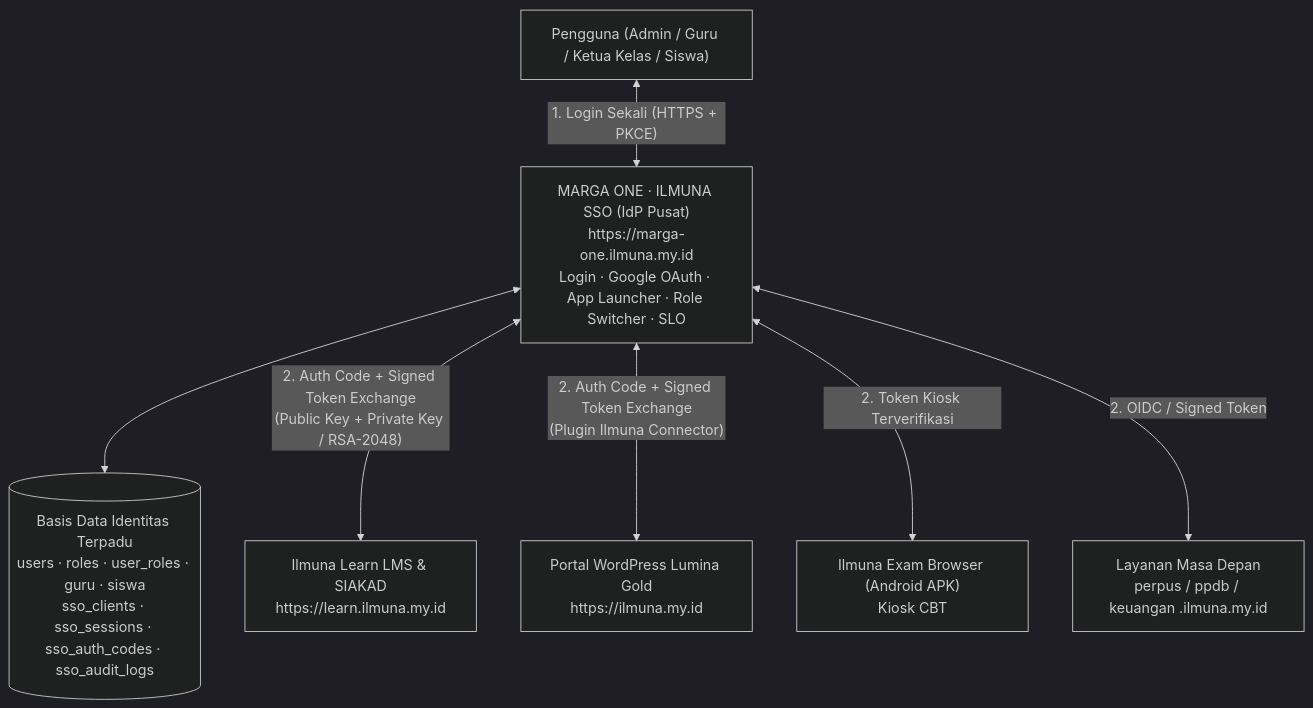
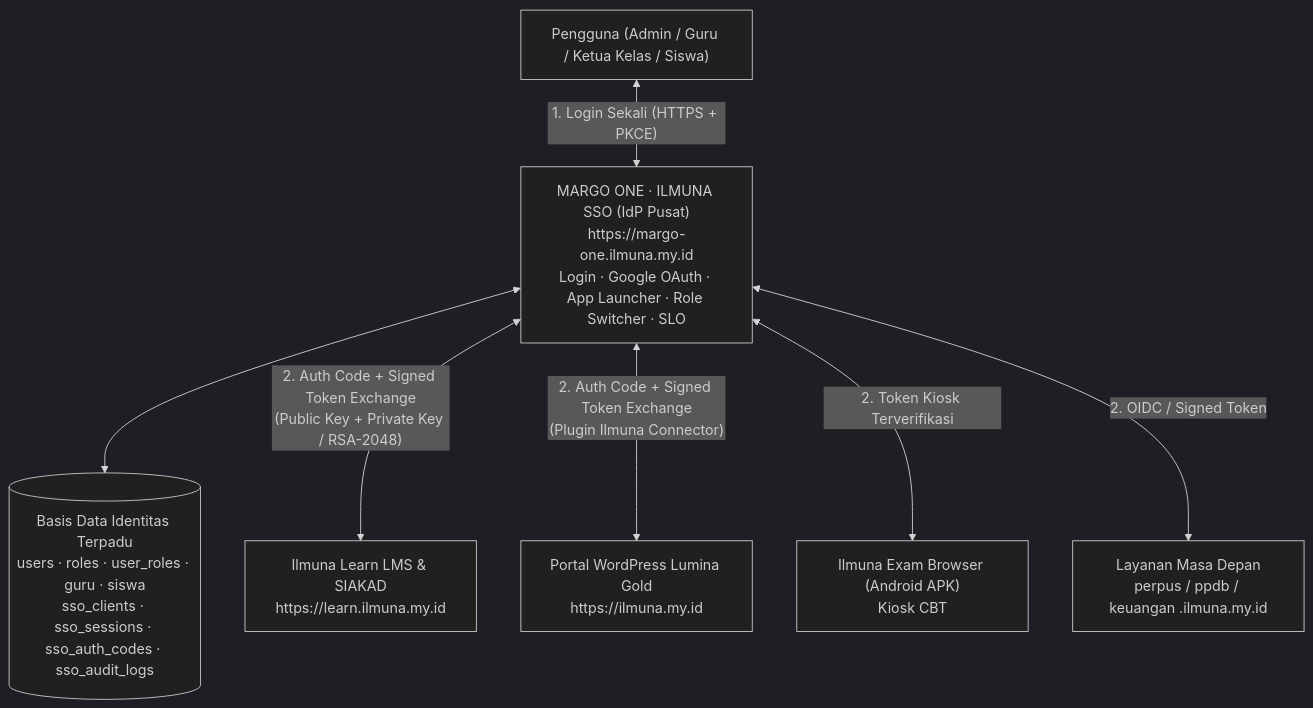
The first of 2 diagrams in SSO_BLUEPRINT.md (HACKsains/Ilmuna-Learn-Manajemen-System), drawn with Mermaid (dark theme) before and after one commit. The commit also changed other lines of this file and 2 other files, not shown here.

Commit message:
docs(sso): update subdomain to margo-one.ilmuna.my.id and add official Margo One logo

````diff
--- a/SSO_BLUEPRINT.md
+++ b/SSO_BLUEPRINT.md
@@ -26,18 +30,18 @@
 ```mermaid
 flowchart TB
     User["Pengguna (Admin / Guru / Ketua Kelas / Siswa)"]
-    IdP["MARGA ONE · ILMUNA SSO (IdP Pusat)\nhttps://marga-one.ilmuna.my.id\nLogin · Google OAuth · App Launcher · Role Switcher · SLO"]
+    IdP["MARGO ONE · ILMUNA SSO (IdP Pusat)\nhttps://margo-one.ilmuna.my.id\nLogin · Google OAuth · App Launcher · Role Switcher · SLO"]
     DB[("Basis Data Identitas Terpadu\nusers · roles · user_roles · guru · siswa\nsso_clients · sso_sessions · sso_auth_codes · sso_audit_logs")]
 
     SP1["Ilmuna Learn LMS & SIAKAD\nhttps://learn.ilmuna.my.id"]
     SP2["Portal WordPress Lumina Gold\nhttps://ilmuna.my.id"]
     SP3["Ilmuna Exam Browser (Android APK)\nKiosk CBT"]
     SP4["Layanan Masa Depan\nperpus / ppdb / keuangan .ilmuna.my.id"]
 
     User <-->|"1. Login Sekali (HTTPS + PKCE)"| IdP
     IdP <--> DB
     IdP <-->|"2. Auth Code + Signed Token Exchange\n(Public Key + Private Key / RSA-2048)"| SP1
     IdP <-->|"2. Auth Code + Signed Token Exchange\n(Plugin Ilmuna Connector)"| SP2
     IdP <-->|"2. Token Kiosk Terverifikasi"| SP3
     IdP <-->|"2. OIDC / Signed Token"| SP4
 ```
````
